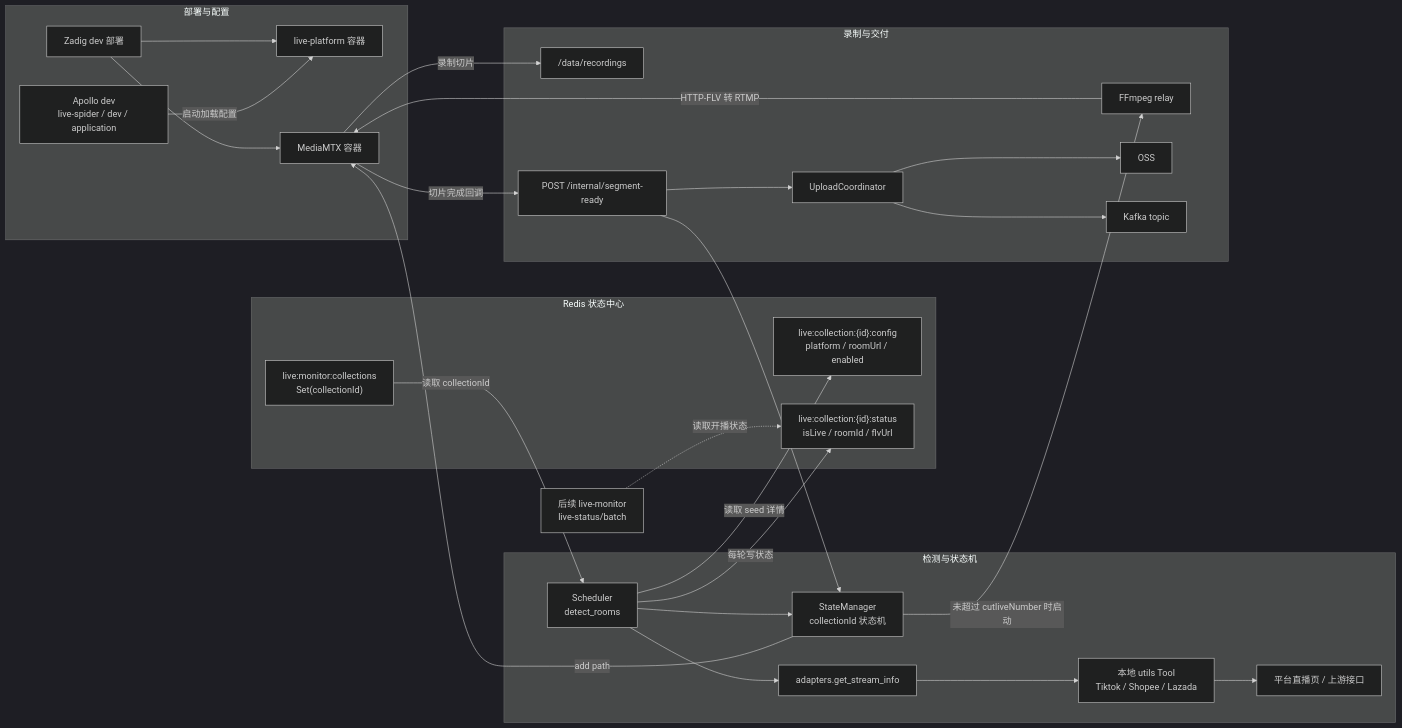
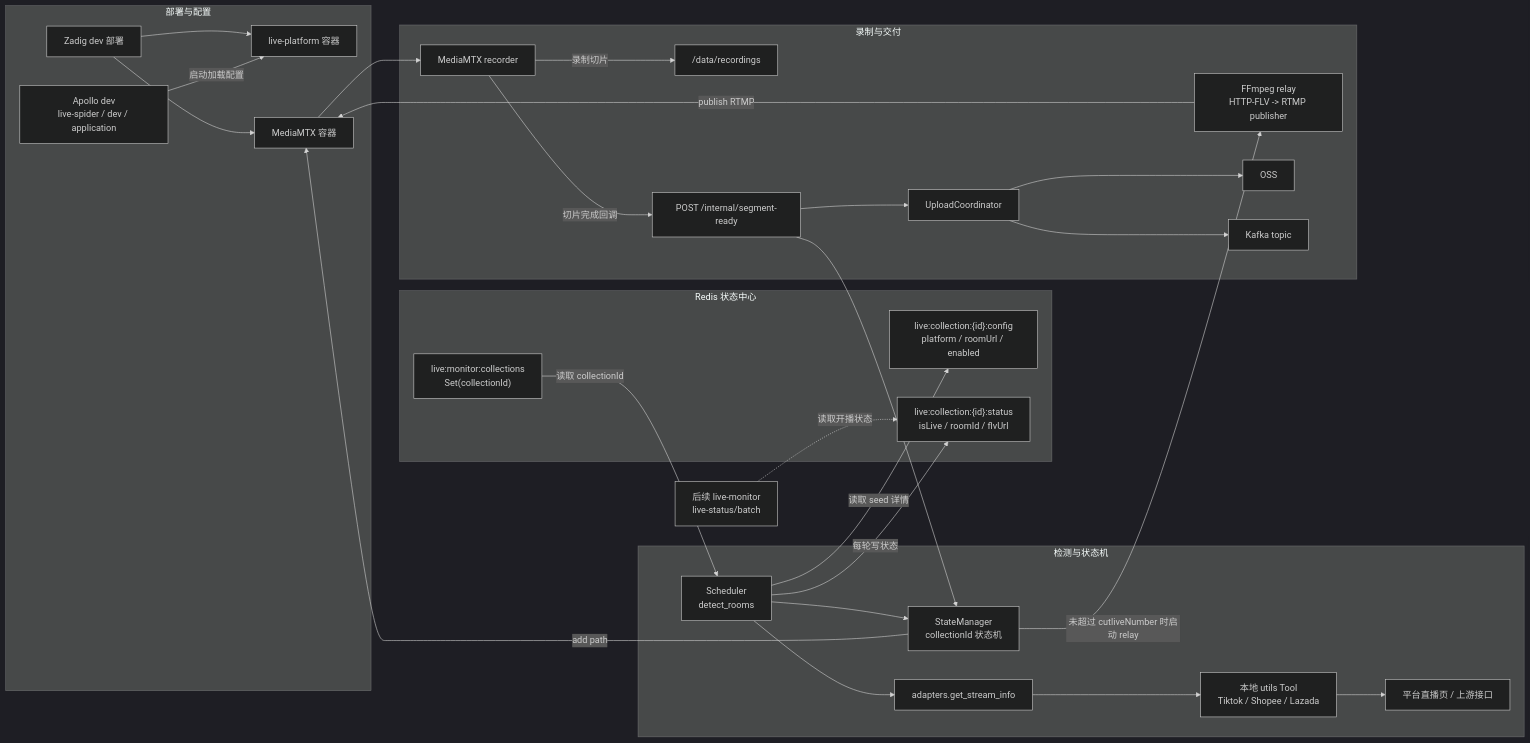
One commit to Tec-Do-bw/live-platform changed the first of 4 diagrams in services/live-platform/docs/architecture-flow.md. Above: the diagram before and after it, drawn with Mermaid (dark theme). The commit also changed other lines of this file and 2 other files, not shown here.

Commit message:
docs: 更新 live-platform 录制链路说明

````diff
--- a/services/live-platform/docs/architecture-flow.md
+++ b/services/live-platform/docs/architecture-flow.md
@@ -7,58 +7,60 @@
 ```mermaid
 flowchart LR
     subgraph deploy [部署与配置]
         zadig["Zadig dev 部署"]
         pod["live-platform 容器"]
         mediamtx["MediaMTX 容器"]
         apollo["Apollo dev<br/>live-spider / dev / application"]
     end
 
     subgraph redis_layer [Redis 状态中心]
         seed_set["live:monitor:collections<br/>Set(collectionId)"]
         room_config["live:collection:{id}:config<br/>platform / roomUrl / enabled"]
         room_status["live:collection:{id}:status<br/>isLive / roomId / flvUrl"]
     end
 
     subgraph detect [检测与状态机]
         scheduler["Scheduler<br/>detect_rooms"]
         adapter["adapters.get_stream_info"]
         tools["本地 utils Tool<br/>Tiktok / Shopee / Lazada"]
         upstream["平台直播页 / 上游接口"]
         state["StateManager<br/>collectionId 状态机"]
     end
 
     subgraph record [录制与交付]
-        ffmpeg["FFmpeg relay"]
+        ffmpeg["FFmpeg relay<br/>HTTP-FLV -> RTMP publisher"]
+        recorder["MediaMTX recorder"]
         disk["/data/recordings"]
         segment_api["POST /internal/segment-ready"]
         upload["UploadCoordinator"]
         oss["OSS"]
         kafka["Kafka topic"]
     end
 
     future["后续 live-monitor<br/>live-status/batch"]
 
     zadig --> pod
     zadig --> mediamtx
     apollo -->|启动加载配置| pod
 
     seed_set -->|读取 collectionId| scheduler
     scheduler -->|读取 seed 详情| room_config
     scheduler --> adapter
     adapter --> tools
     tools --> upstream
     scheduler -->|每轮写状态| room_status
     scheduler --> state
 
     state -->|add path| mediamtx
-    state -->|未超过 cutliveNumber 时启动| ffmpeg
-    ffmpeg -->|HTTP-FLV 转 RTMP| mediamtx
-    mediamtx -->|录制切片| disk
-    mediamtx -->|切片完成回调| segment_api
+    state -->|未超过 cutliveNumber 时启动 relay| ffmpeg
+    ffmpeg -->|publish RTMP| mediamtx
+    mediamtx --> recorder
+    recorder -->|录制切片| disk
+    recorder -->|切片完成回调| segment_api
     segment_api --> state
     segment_api --> upload
     upload --> oss
     upload --> kafka
 
     future -.->|读取开播状态| room_status
 ```
````
